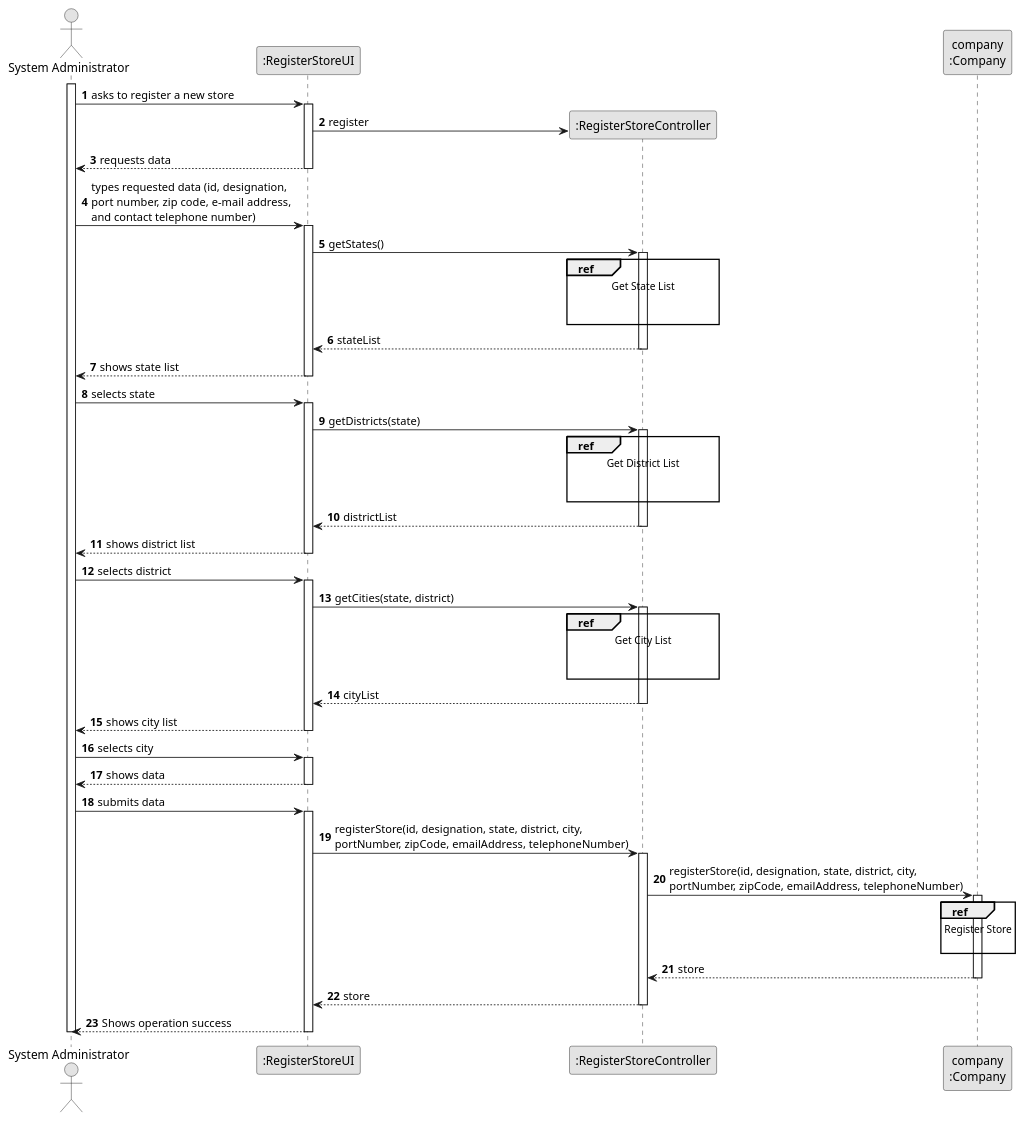
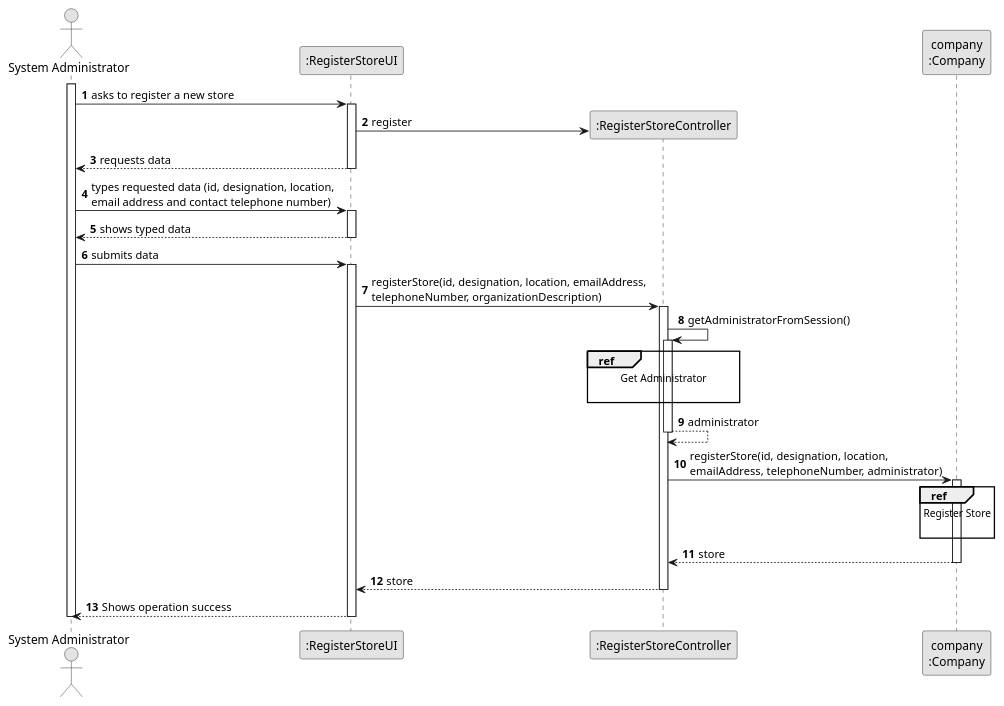
The diagram in docs/Sprint-B/US005/03.design/puml/us005-sequence-diagram-split.puml (Rodrick0209/ISEP-LAPR2-22-23), drawn with PlantUML before and after one commit. The commit also changed 18 other files, not shown here.

Commit message:
US006 Design (SD & Class Diagram) & Tests and Implementation

```diff
--- a/docs/Sprint-B/US005/03.design/puml/us005-sequence-diagram-split.puml
+++ b/docs/Sprint-B/US005/03.design/puml/us005-sequence-diagram-split.puml
@@ -1,106 +1,62 @@
 @startuml
 skinparam monochrome true
 skinparam packageStyle rectangle
 skinparam shadowing false
 
 autonumber
 
 'hide footbox
 actor "System Administrator" as ADM
 participant ":RegisterStoreUI" as UI
 participant ":RegisterStoreController" as CTRL
 participant "company\n:Company" as Company
 
 activate ADM
 
     ADM -> UI : asks to register a new store
     activate UI
 
         UI -> CTRL** : register
         UI --> ADM: requests data
         deactivate UI
 
-    ADM -> UI : types requested data (id, designation, \nport number, zip code, e-mail address, \nand contact telephone number)
-        activate UI
-
-UI -> CTRL : getStates()
-        ref over CTRL
-            Get State List
-
-
-          end ref
-
-
-        activate CTRL
-
-            CTRL --> UI : stateList
-            deactivate CTRL
-            UI --> ADM : shows state list
+    ADM -> UI : types requested data (id, designation, location, \nemail address and contact telephone number)
+    activate UI
+        UI --> ADM : shows typed data
         deactivate UI
-
-    ADM -> UI : selects state
-    activate UI
-
-    UI -> CTRL : getDistricts(state)
-            ref over CTRL
-                Get District List
-
-
-              end ref
-
-
-            activate CTRL
-
-                CTRL --> UI : districtList
-                deactivate CTRL
-                UI --> ADM : shows district list
-            deactivate UI
-    ADM -> UI: selects district
-    activate UI
-
-    UI -> CTRL : getCities(state, district)
-         ref over CTRL
-                        Get City List
-
-
-                      end ref
-
-
-                    activate CTRL
-
-                        CTRL --> UI : cityList
-                        deactivate CTRL
-                        UI --> ADM : shows city list
-                    deactivate UI
-    ADM -> UI: selects city
-    activate UI
-
-        UI --> ADM : shows data
-    deactivate UI
 
     ADM -> UI : submits data
     activate UI
 
-        UI -> CTRL : registerStore(id, designation, state, district, city, \nportNumber, zipCode, emailAddress, telephoneNumber)
+        UI -> CTRL : registerStore(id, designation, location, emailAddress, \ntelephoneNumber, organizationDescription)
         activate CTRL
 
+            CTRL -> CTRL: getAdministratorFromSession()
+            activate CTRL
 
-            CTRL -> Company: registerStore(id, designation, state, district, city, \nportNumber, zipCode, emailAddress, telephoneNumber)
+                ref over CTRL
+                    Get Administrator
+
+                end
+            CTRL --> CTRL: administrator
+            deactivate CTRL
+
+            CTRL -> Company: registerStore(id, designation, location, \nemailAddress, telephoneNumber, administrator)
             activate Company
 
                 ref over Company
                     Register Store
 
                 end
 
                 Company --> CTRL : store
             deactivate Company
 
             CTRL --> UI: store
             deactivate CTRL
             UI --> ADM: Shows operation success
     deactivate UI
 
 deactivate ADM
 
 @enduml
```
